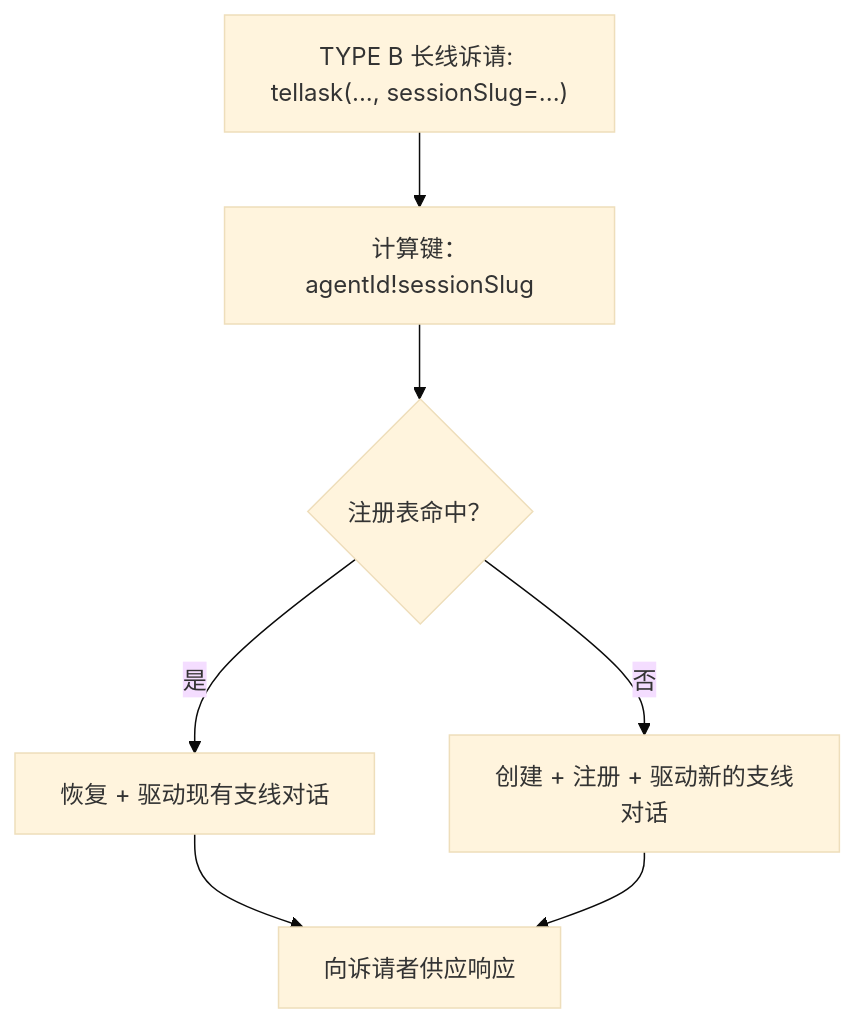
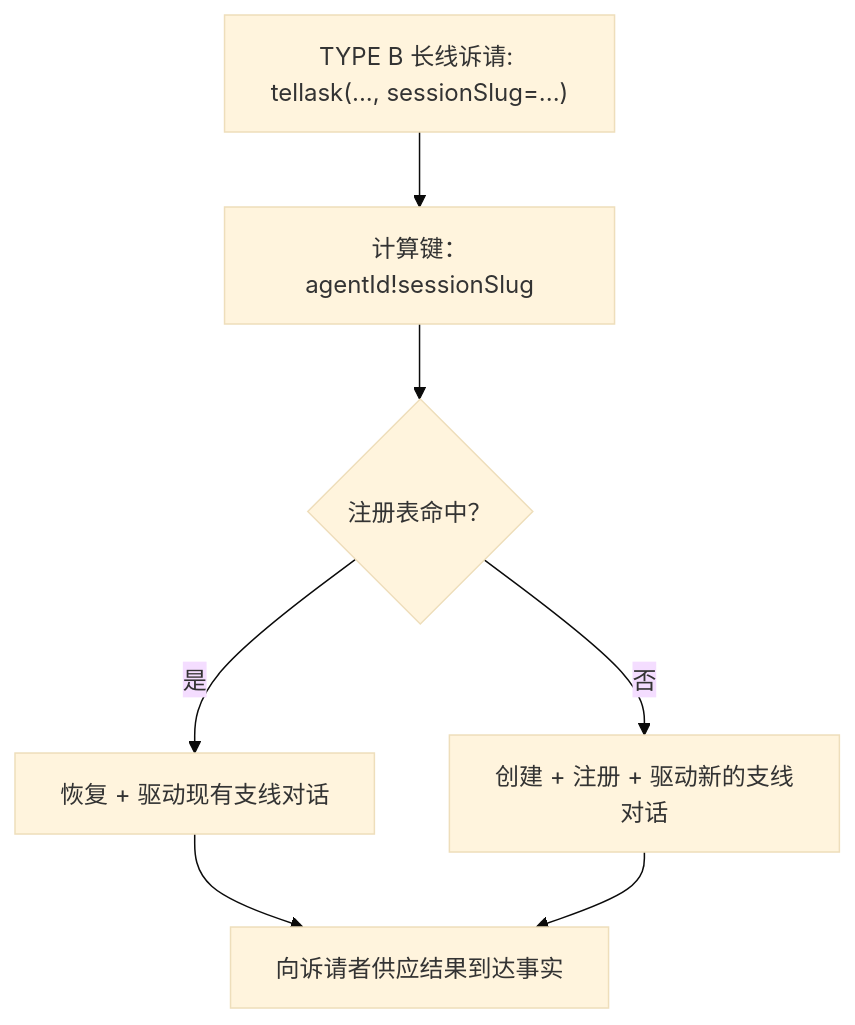
Before and after one commit to longrun-ai/dominds: the eighth of 19 diagrams in docs/dialog-system.zh.md, drawn with Mermaid (base theme). The commit also changed other lines of this file and 54 other files, not shown here.

````diff
--- a/docs/dialog-system.zh.md
+++ b/docs/dialog-system.zh.md
@@ -893,9 +889,9 @@
 ```mermaid
 flowchart TD
   Tellask["TYPE B 长线诉请: tellask(..., sessionSlug=...)"] --> Key[计算键：agentId!sessionSlug]
   Key --> Lookup{注册表命中？}
   Lookup -- 是 --> Resume[恢复 + 驱动现有支线对话]
   Lookup -- 否 --> Create[创建 + 注册 + 驱动新的支线对话]
-  Resume --> Supply[向诉请者供应响应]
+  Resume --> Supply[向诉请者供应结果到达事实]
   Create --> Supply
 ```
````
